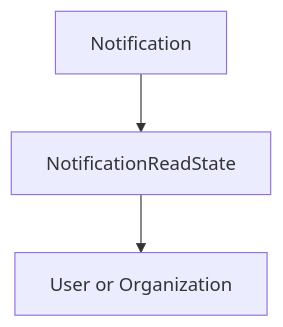
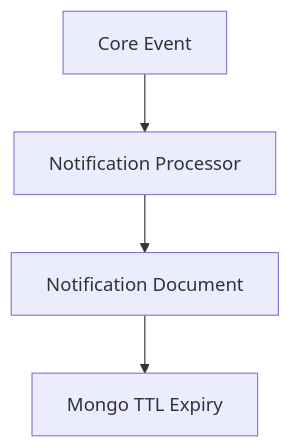
One commit to flamingo-stack/openframe-oss-lib changed the third of 6 diagrams in docs/reference/architecture/data-mongo-domain-model/data-mongo-domain-model.md. Above: the diagram before and after it, drawn with Mermaid. The commit also changed other lines of this file and 1809 other files, not shown here.

````diff
--- a/docs/reference/architecture/data-mongo-domain-model/data-mongo-domain-model.md
+++ b/docs/reference/architecture/data-mongo-domain-model/data-mongo-domain-model.md
@@ -334,5 +143,6 @@
 ```mermaid
 flowchart TD
-    Notification["Notification"] --> ReadState["NotificationReadState"]
-    ReadState --> Recipient["User or Organization"]
+    Event["Core Event"] --> Processor["Notification Processor"]
+    Processor --> NotificationDoc["Notification Document"]
+    NotificationDoc --> TTL["Mongo TTL Expiry"]
 ```
````
